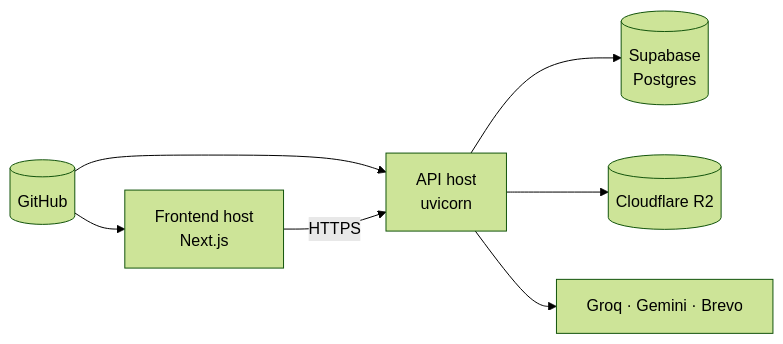
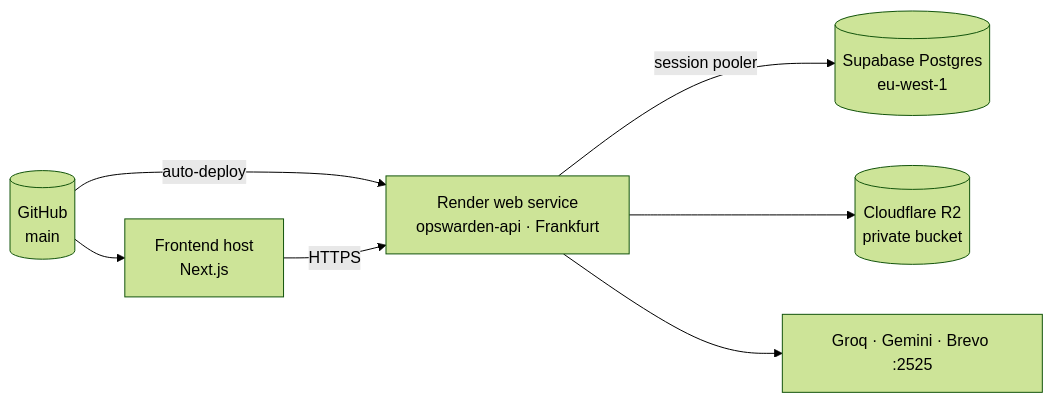
Before and after one commit to acunetix2/Opswarden: the ninth of 9 diagrams in README.md, drawn with Mermaid (forest theme). The commit also changed other lines of this file and 5 other files, not shown here.

````diff
--- a/README.md
+++ b/README.md
@@ -421,9 +424,9 @@
 ```mermaid
 flowchart LR
-    GH[(GitHub)] --> FE["Frontend host<br/>Next.js"]
-    GH --> BE["API host<br/>uvicorn"]
+    GH[(GitHub<br/>main)] -->|auto-deploy| BE["Render web service<br/>opswarden-api · Frankfurt"]
+    GH --> FE["Frontend host<br/>Next.js"]
     FE -->|HTTPS| BE
-    BE --> PG[("Supabase<br/>Postgres")]
-    BE --> R2[("Cloudflare R2")]
-    BE --> EXT["Groq · Gemini · Brevo"]
+    BE -->|session pooler| PG[("Supabase Postgres<br/>eu-west-1")]
+    BE --> R2[("Cloudflare R2<br/>private bucket")]
+    BE --> EXT["Groq · Gemini · Brevo :2525"]
 ```
````
